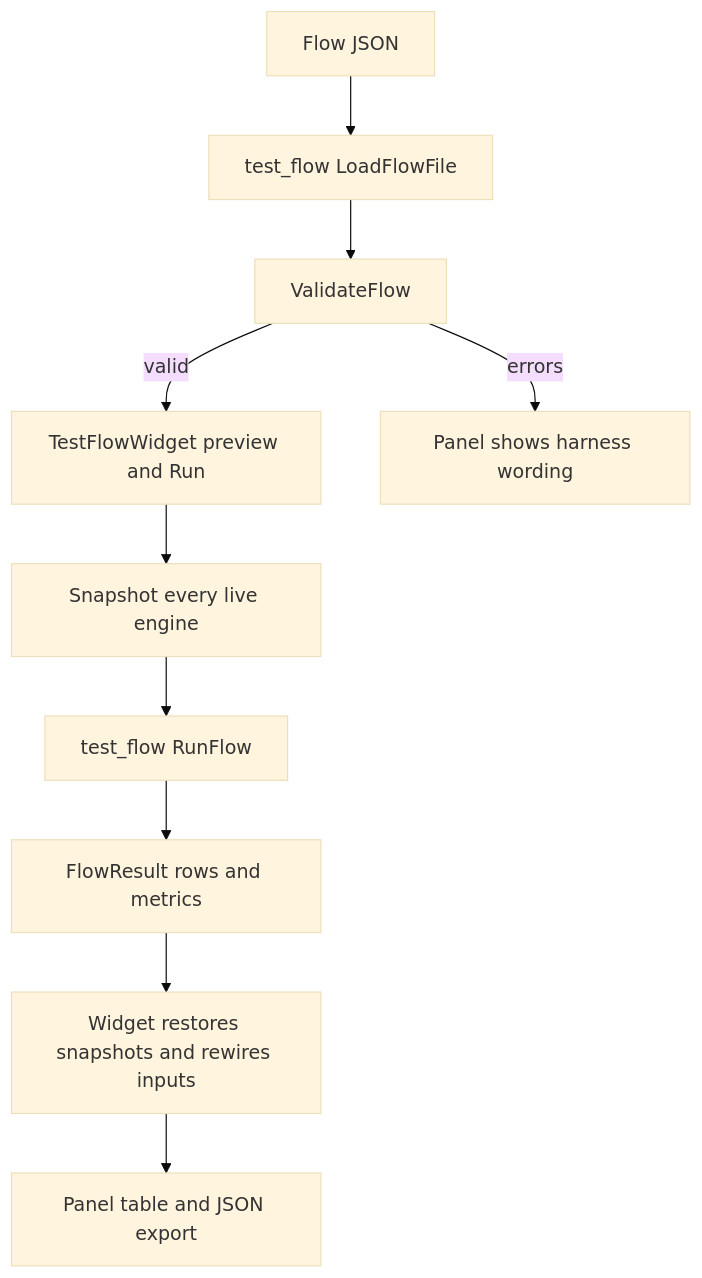
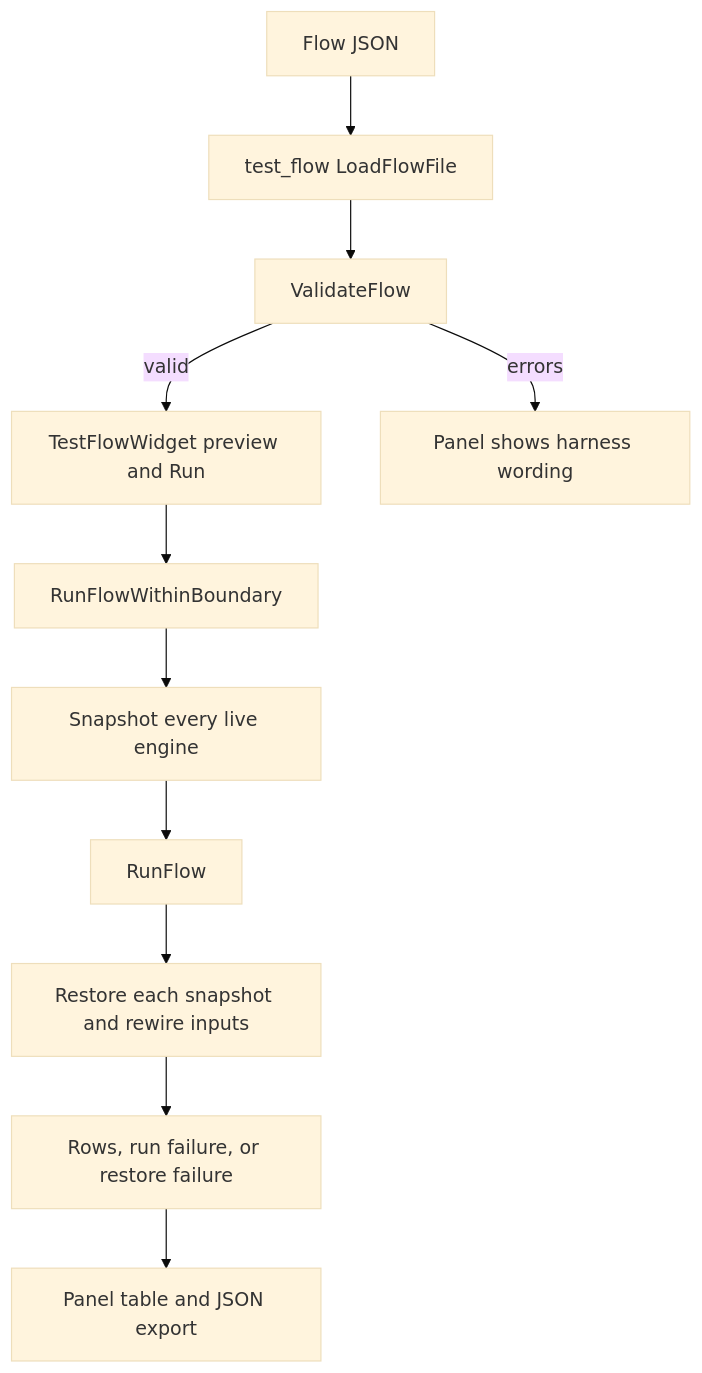
Before and after one commit to striderZA/Tiny-RF-Simulator: the diagram in openwiki/testing/guidance.md, drawn with Mermaid (base theme). The commit also changed other lines of this file and 1 other file, not shown here.

First line of the commit message:
docs(wiki): list every RUN_SERIAL target in testing guide

````diff
--- a/openwiki/testing/guidance.md
+++ b/openwiki/testing/guidance.md
@@ -54,12 +64,13 @@
 ```mermaid
 flowchart TD
     file["Flow JSON"] --> loader["test_flow LoadFlowFile"]
     loader --> validate["ValidateFlow"]
     validate -->|valid| panel["TestFlowWidget preview and Run"]
-    panel --> snapshot["Snapshot every live engine"]
-    snapshot --> runner["test_flow RunFlow"]
-    runner --> rows["FlowResult rows and metrics"]
-    rows --> restore["Widget restores snapshots and rewires inputs"]
-    restore --> display["Panel table and JSON export"]
     validate -->|errors| displayError["Panel shows harness wording"]
+    panel --> boundary["RunFlowWithinBoundary"]
+    boundary --> snapshot["Snapshot every live engine"]
+    snapshot --> runner["RunFlow"]
+    runner --> restore["Restore each snapshot and rewire inputs"]
+    restore --> outcome["Rows, run failure, or restore failure"]
+    outcome --> display["Panel table and JSON export"]
 ```
````
